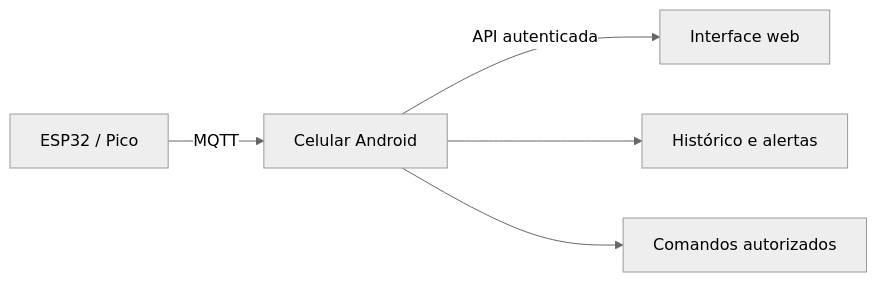
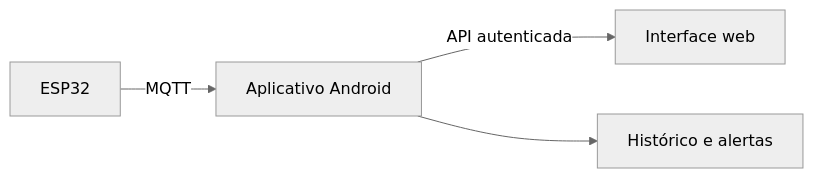
Before and after one commit to ThHSzR/winterhold: the diagram in docs/PLANO_WEB.md, drawn with Mermaid (neutral theme). The commit also changed other lines of this file and 6 other files, not shown here.

````diff
--- a/docs/PLANO_WEB.md
+++ b/docs/PLANO_WEB.md
@@ -7,7 +7,6 @@
 ```mermaid
 flowchart LR
-  S["ESP32 / Pico"] -->|MQTT| C["Celular Android"]
+  S["ESP32"] -->|MQTT| C["Aplicativo Android"]
   C -->|API autenticada| W["Interface web"]
   C --> H["Histórico e alertas"]
-  C --> A["Comandos autorizados"]
 ```
````
